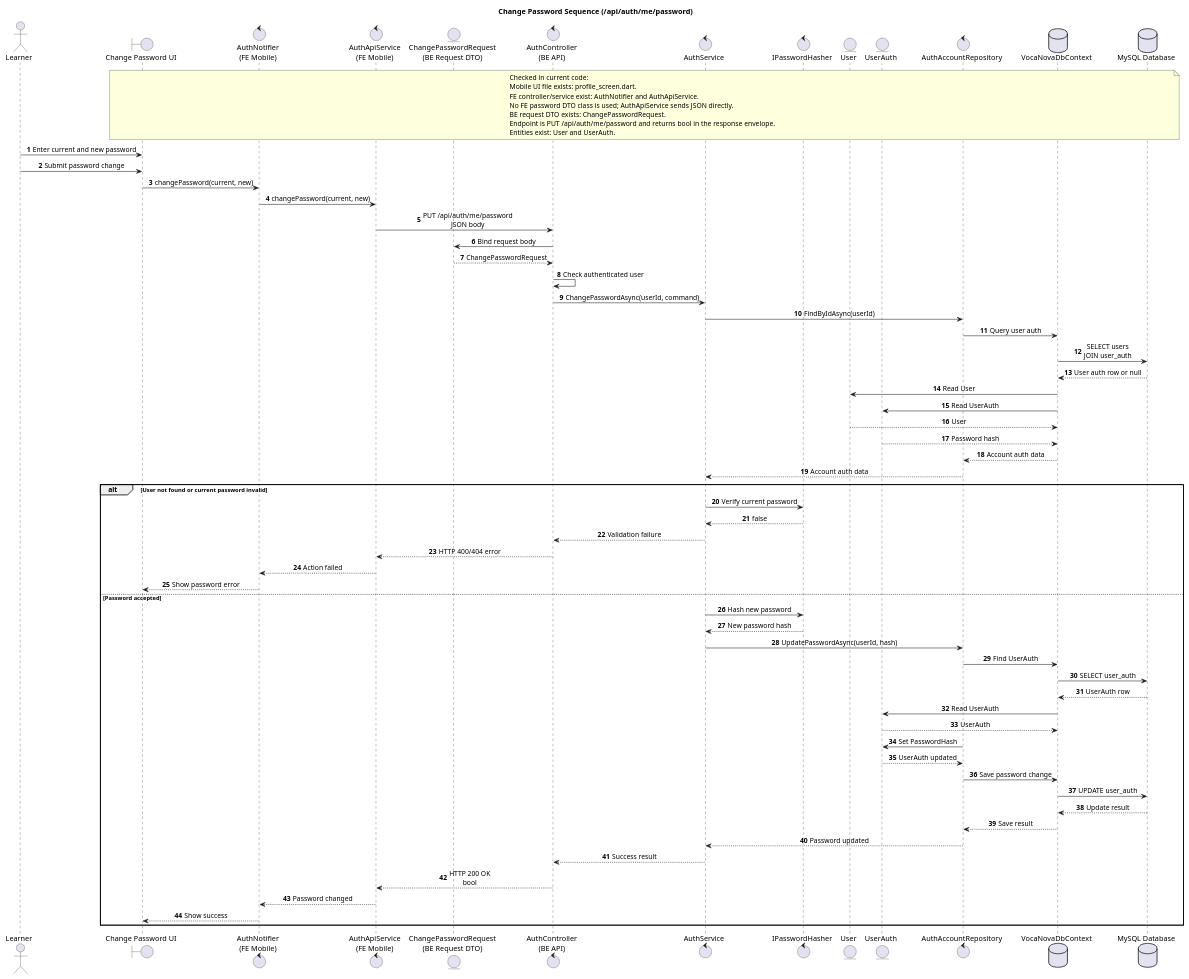
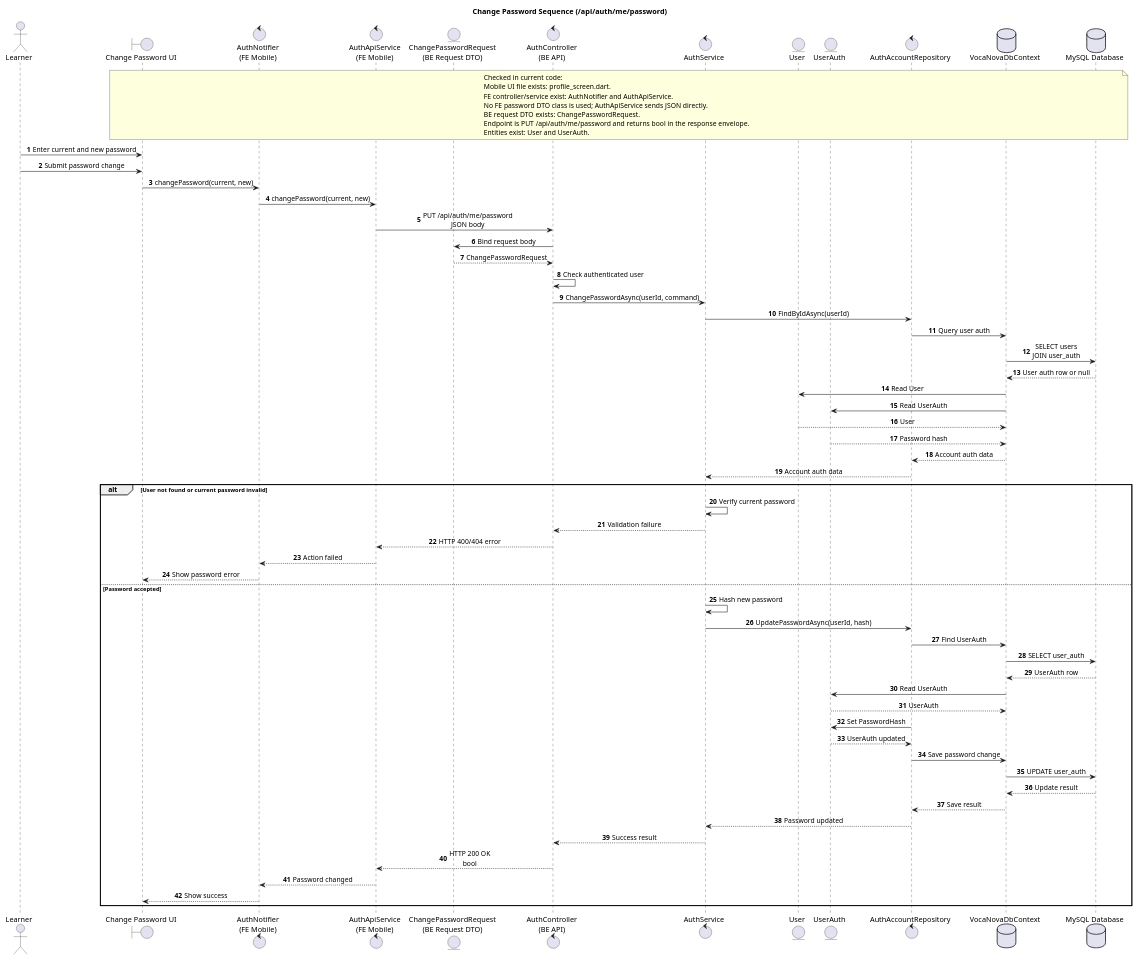
One commit to thisIsCenx04/VocaNova changed the diagram in docs/diagrams/mobile-change-password-sequence.puml. Above: the diagram before and after it, drawn with PlantUML. The commit also changed 69 other files, not shown here.

Commit message:
fix/sequences and class

```diff
--- a/docs/diagrams/mobile-change-password-sequence.puml
+++ b/docs/diagrams/mobile-change-password-sequence.puml
@@ -1,81 +1,78 @@
 @startuml
 title Change Password Sequence (/api/auth/me/password)
 
 autonumber
 skinparam responseMessageBelowArrow true
 skinparam sequenceMessageAlign center
 
 actor Learner
 boundary "Change Password UI" as ChangePasswordUi
 control "AuthNotifier\n(FE Mobile)" as FeController
 control "AuthApiService\n(FE Mobile)" as FeApiService
 entity "ChangePasswordRequest\n(BE Request DTO)" as BeChangePasswordDto
 control "AuthController\n(BE API)" as BeController
 control "AuthService" as AuthService
-control "IPasswordHasher" as PasswordHasher
 entity "User" as UserEntity
 entity "UserAuth" as UserAuthEntity
 control "AuthAccountRepository" as AccountRepository
 database "VocaNovaDbContext" as DbContext
 database "MySQL Database" as MySQL
 
 note over ChangePasswordUi, MySQL
 Checked in current code:
 Mobile UI file exists: profile_screen.dart.
 FE controller/service exist: AuthNotifier and AuthApiService.
 No FE password DTO class is used; AuthApiService sends JSON directly.
 BE request DTO exists: ChangePasswordRequest.
 Endpoint is PUT /api/auth/me/password and returns bool in the response envelope.
 Entities exist: User and UserAuth.
 end note
 
 Learner -> ChangePasswordUi: Enter current and new password
 Learner -> ChangePasswordUi: Submit password change
 ChangePasswordUi -> FeController: changePassword(current, new)
 FeController -> FeApiService: changePassword(current, new)
 FeApiService -> BeController: PUT /api/auth/me/password\nJSON body
 BeController -> BeChangePasswordDto: Bind request body
 BeChangePasswordDto --> BeController: ChangePasswordRequest
 BeController -> BeController: Check authenticated user
 BeController -> AuthService: ChangePasswordAsync(userId, command)
 AuthService -> AccountRepository: FindByIdAsync(userId)
 AccountRepository -> DbContext: Query user auth
 DbContext -> MySQL: SELECT users\nJOIN user_auth
 MySQL --> DbContext: User auth row or null
 DbContext -> UserEntity: Read User
 DbContext -> UserAuthEntity: Read UserAuth
 UserEntity --> DbContext: User
 UserAuthEntity --> DbContext: Password hash
 DbContext --> AccountRepository: Account auth data
 AccountRepository --> AuthService: Account auth data
 
 alt User not found or current password invalid
-    AuthService -> PasswordHasher: Verify current password
-    PasswordHasher --> AuthService: false
+    AuthService -> AuthService: Verify current password
     AuthService --> BeController: Validation failure
     BeController --> FeApiService: HTTP 400/404 error
     FeApiService --> FeController: Action failed
     FeController --> ChangePasswordUi: Show password error
 else Password accepted
-    AuthService -> PasswordHasher: Hash new password
-    PasswordHasher --> AuthService: New password hash
+    AuthService -> AuthService: Hash new password
     AuthService -> AccountRepository: UpdatePasswordAsync(userId, hash)
     AccountRepository -> DbContext: Find UserAuth
     DbContext -> MySQL: SELECT user_auth
     MySQL --> DbContext: UserAuth row
     DbContext -> UserAuthEntity: Read UserAuth
     UserAuthEntity --> DbContext: UserAuth
     AccountRepository -> UserAuthEntity: Set PasswordHash
     UserAuthEntity --> AccountRepository: UserAuth updated
     AccountRepository -> DbContext: Save password change
     DbContext -> MySQL: UPDATE user_auth
     MySQL --> DbContext: Update result
     DbContext --> AccountRepository: Save result
     AccountRepository --> AuthService: Password updated
     AuthService --> BeController: Success result
     BeController --> FeApiService: HTTP 200 OK\nbool
     FeApiService --> FeController: Password changed
     FeController --> ChangePasswordUi: Show success
 end
 
 @enduml
```
